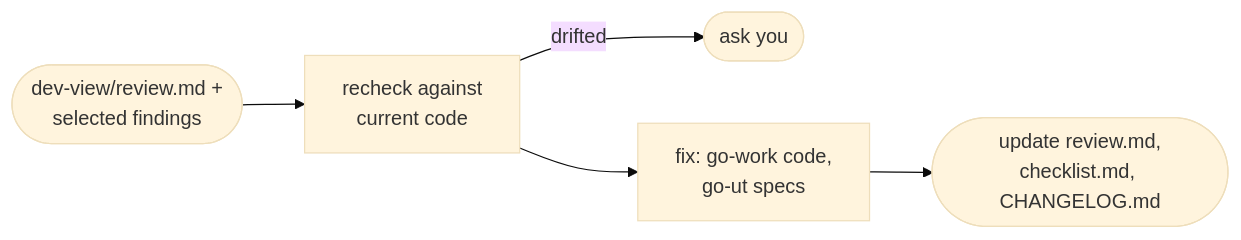
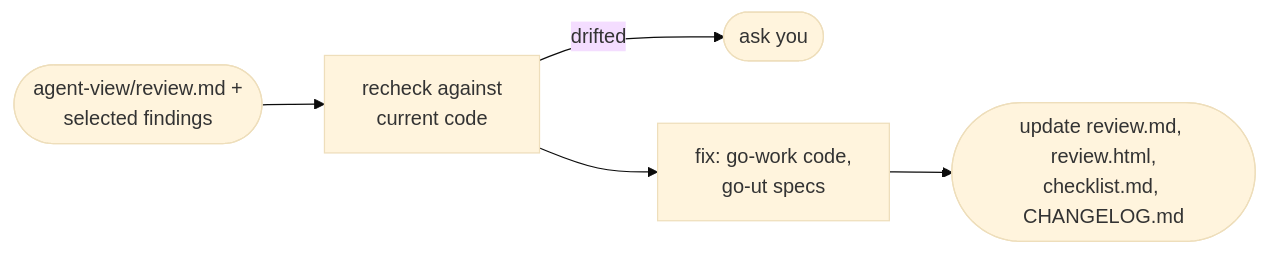
Before and after one commit to le0u0/just-do-it: the diagram in docs/go-fix.md, drawn with Mermaid (base theme). The commit also changed other lines of this file and 39 other files, not shown here.

Commit message:
feat: move ut, e2e, and review md to agent-view and default dev-view to html

````diff
--- a/docs/go-fix.md
+++ b/docs/go-fix.md
@@ -7,7 +7,7 @@
 ```mermaid
 flowchart LR
-    IN([dev-view/review.md +<br/>selected findings]) --> C[recheck against<br/>current code]
+    IN([agent-view/review.md +<br/>selected findings]) --> C[recheck against<br/>current code]
     C -->|drifted| Q([ask you])
     C --> F[fix: go-work code,<br/>go-ut specs]
-    F --> O([update review.md,<br/>checklist.md, CHANGELOG.md])
+    F --> O([update review.md, review.html,<br/>checklist.md, CHANGELOG.md])
 ```
````
